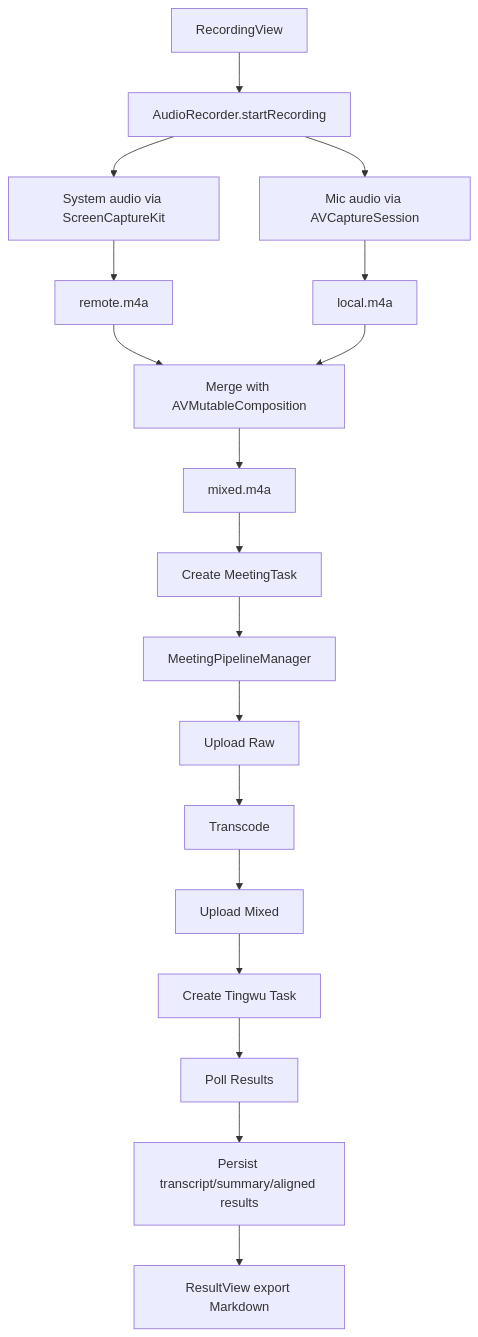
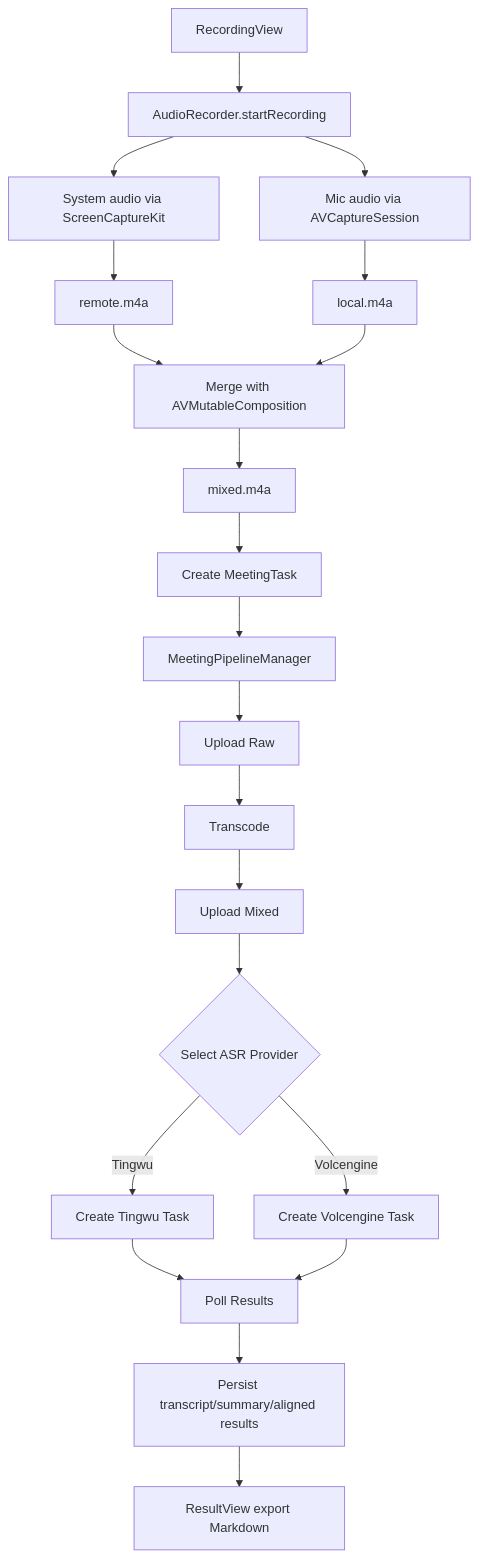
Before and after one commit to mistbit/VoiceMemo: the diagram in doc/01-architecture-overview.md, drawn with Mermaid. The commit also changed other lines of this file and 30 other files, not shown here.

First line of the commit message:
feat: add multi-provider ASR architecture with Volcengine integration (#43)

````diff
--- a/doc/01-architecture-overview.md
+++ b/doc/01-architecture-overview.md
@@ -52,24 +55,27 @@
 ```mermaid
 flowchart TD
   A[RecordingView] --> B[AudioRecorder.startRecording]
   B --> C[System audio via ScreenCaptureKit]
   B --> D[Mic audio via AVCaptureSession]
   C --> E[remote.m4a]
   D --> F[local.m4a]
   
   E --> H1[Merge with AVMutableComposition]
   F --> H1
   
   H1 --> H2[mixed.m4a]
   H2 --> I1[Create MeetingTask]
   I1 --> J1[MeetingPipelineManager]
   
   J1 --> K1[Upload Raw]
   K1 --> K2[Transcode]
   K2 --> K3[Upload Mixed]
-  K3 --> K4[Create Tingwu Task]
-  K4 --> K5[Poll Results]
-  
-  K5 --> O[Persist transcript/summary/aligned results]
+  K3 --> K4{Select ASR Provider}
+  K4 -->|Tingwu| K5a[Create Tingwu Task]
+  K4 -->|Volcengine| K5b[Create Volcengine Task]
+  K5a --> K6[Poll Results]
+  K5b --> K6
+    
+  K6 --> O[Persist transcript/summary/aligned results]
   O --> P[ResultView export Markdown]
 ```
````
